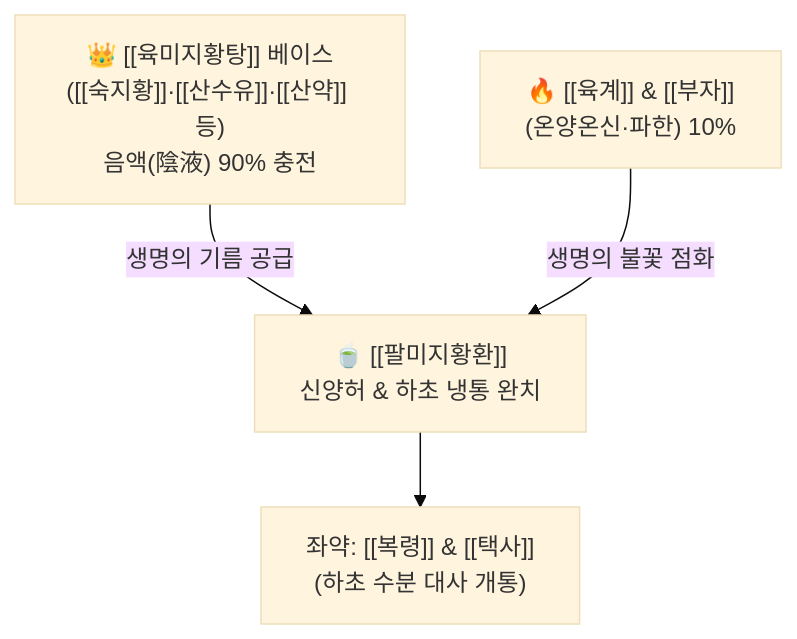
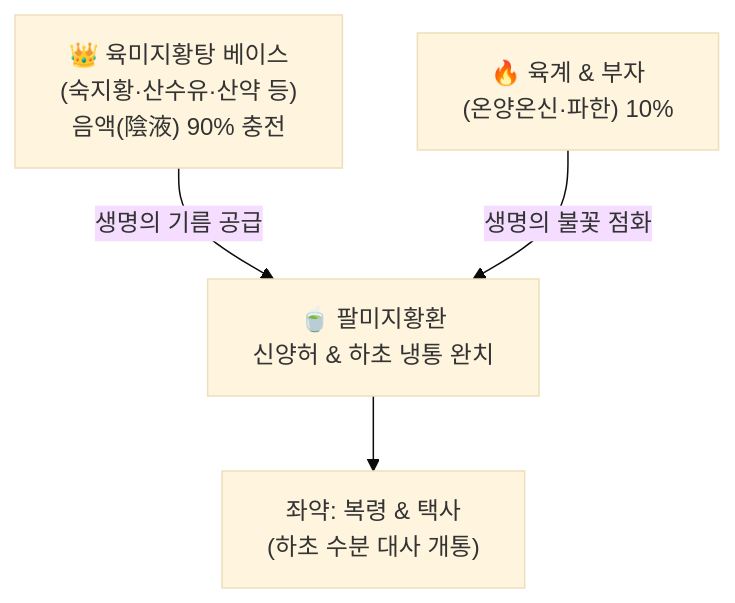
One commit to simbio11/simbio-digital-garden2 changed the diagram in content/2. 약리 공부/처방/02_보익제/팔미지황환.md. Above: the diagram before and after it, drawn with Mermaid (base theme). The commit also changed other lines of this file and 323 other files, not shown here.

````diff
--- a/content/2. 약리 공부/처방/02_보익제/팔미지황환.md
+++ b/content/2. 약리 공부/처방/02_보익제/팔미지황환.md
@@ -52,6 +54,6 @@
 ```mermaid
 graph TD
-    YM["👑 [[육미지황탕]] 베이스<br>([[숙지황]]·[[산수유]]·[[산약]] 등)<br>음액(陰液) 90% 충전"] -->|생명의 기름 공급| TOTAL["🍵 [[팔미지황환]]<br>신양허 & 하초 냉통 완치"]
-    GF["🔥 [[육계]] & [[부자]]<br>(온양온신·파한) 10%"] -->|생명의 불꽃 점화| TOTAL
-    TOTAL --> BLTS["좌약: [[복령]] & [[택사]]<br>(하초 수분 대사 개통)"]
+    YM["👑 육미지황탕 베이스<br>(숙지황·산수유·산약 등)<br>음액(陰液) 90% 충전"] -->|생명의 기름 공급| TOTAL["🍵 팔미지황환<br>신양허 & 하초 냉통 완치"]
+    GF["🔥 육계 & 부자<br>(온양온신·파한) 10%"] -->|생명의 불꽃 점화| TOTAL
+    TOTAL --> BLTS["좌약: 복령 & 택사<br>(하초 수분 대사 개통)"]
 ```
````
